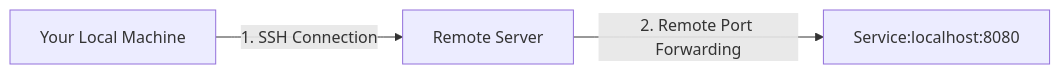
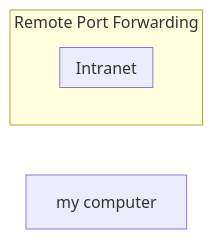
One commit to myseq/notes changed the third of 3 diagrams in markdown/diagrams.md. Above: the diagram before and after it, drawn with Mermaid. The commit also changed other lines of this file, not shown here.

````diff
--- a/markdown/diagrams.md
+++ b/markdown/diagrams.md
@@ -98,5 +98,15 @@
 ```mermaid
 graph LR
-    A[Your Local Machine] -->|1. SSH Connection| B[Remote Server]
-    B -->|2. Remote Port Forwarding| C[Service:localhost:8080]
+  my["my computer"]
+
+  subgraph main[Remote Port Forwarding]
+
+    subgraph intra[Intranet]
+
+    end
+    
+
+  end
+
+
 ```
````
